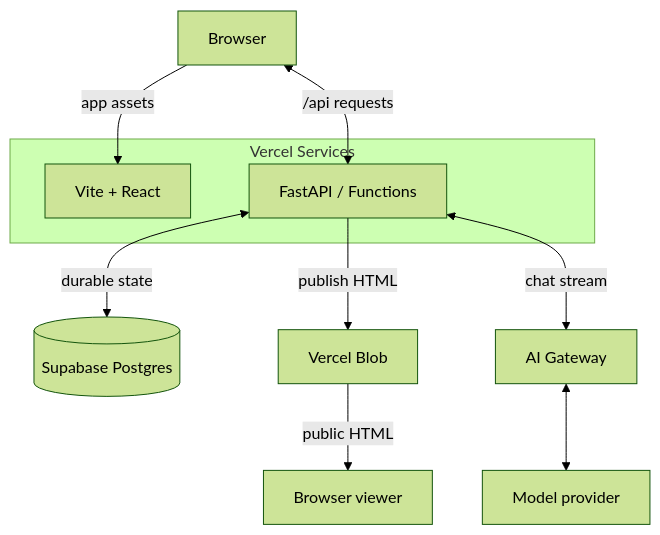
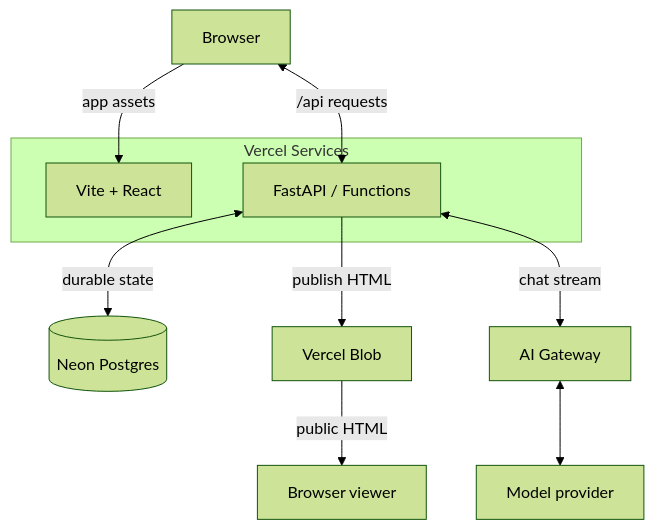
One commit to vercel-labs/notebook-factory changed the first of 2 diagrams in lat.md/architecture.md. Above: the diagram before and after it, drawn with Mermaid (forest theme). The commit also changed other lines of this file and 6 other files, not shown here.

````diff
--- a/lat.md/architecture.md
+++ b/lat.md/architecture.md
@@ -11,15 +11,15 @@
 ```mermaid
 flowchart TB
     browser["Browser"]
     subgraph app["Vercel Services"]
         web["Vite + React"]
         api["FastAPI / Functions"]
     end
     browser -->|"app assets"| web
     browser <-->|"/api requests"| api
-    api <-->|"durable state"| supabase[("Supabase Postgres")]
+    api <-->|"durable state"| neon[("Neon Postgres")]
     api -->|"publish HTML"| blob["Vercel Blob"]
     api <-->|"chat stream"| gateway["AI Gateway"]
     gateway <--> model["Model provider"]
     blob -->|"public HTML"| viewer["Browser viewer"]
 ```
````
